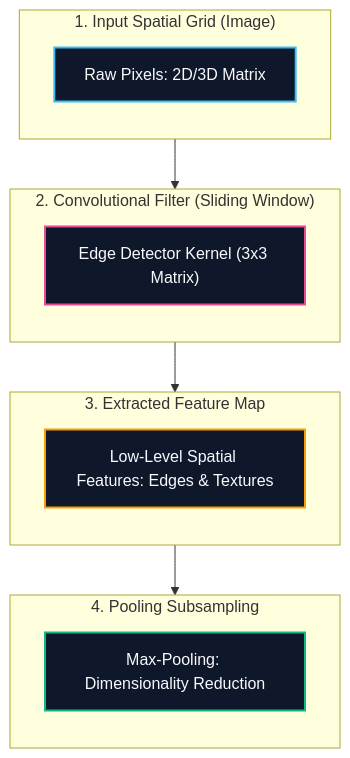
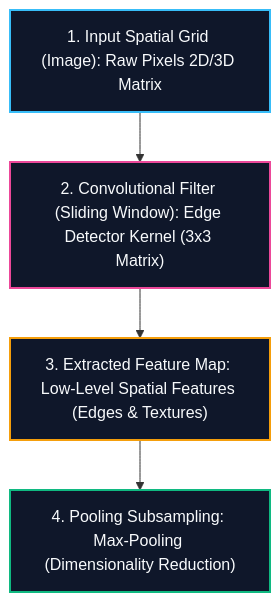
One commit to narenandu/narenvadapalli_dot_com changed the third of 5 diagrams in contents/blog/0071-demystifying-neural-networks-perceptron-to-dnn-cnn-rnn/index.md. Above: the diagram before and after it, drawn with Mermaid. The commit also changed other lines of this file and 22 other files, not shown here.

Commit message:
fix(blog): resolve side-by-side Mermaid diagrams, KaTeX math formatting, and alert tags across all blogs

````diff
--- a/contents/blog/0071-demystifying-neural-networks-perceptron-to-dnn-cnn-rnn/index.md
+++ b/contents/blog/0071-demystifying-neural-networks-perceptron-to-dnn-cnn-rnn/index.md
@@ -81,31 +81,14 @@
 ```mermaid
 flowchart TD
     classDef cnn1 fill:#0F172A,stroke:#38BDF8,stroke-width:2px,color:#F8FAFC;
     classDef cnn2 fill:#0F172A,stroke:#EC4899,stroke-width:2px,color:#F8FAFC;
     classDef cnn3 fill:#0F172A,stroke:#F59E0B,stroke-width:2px,color:#F8FAFC;
     classDef cnn4 fill:#0F172A,stroke:#10B981,stroke-width:2px,color:#F8FAFC;
 
-    subgraph InputImage["1. Input Spatial Grid (Image)"]
-        direction TB
-        Img["Raw Pixels: 2D/3D Matrix"]:::cnn1
-    end
+    Img["1. Input Spatial Grid (Image): Raw Pixels 2D/3D Matrix"]:::cnn1
+    F1["2. Convolutional Filter (Sliding Window): Edge Detector Kernel (3x3 Matrix)"]:::cnn2
+    FMap["3. Extracted Feature Map: Low-Level Spatial Features (Edges & Textures)"]:::cnn3
+    Pool["4. Pooling Subsampling: Max-Pooling (Dimensionality Reduction)"]:::cnn4
 
-    subgraph FeatureFilter["2. Convolutional Filter (Sliding Window)"]
-        direction TB
-        F1["Edge Detector Kernel (3x3 Matrix)"]:::cnn2
-    end
-
-    subgraph FeatureMap["3. Extracted Feature Map"]
-        direction TB
-        FMap["Low-Level Spatial Features: Edges & Textures"]:::cnn3
-    end
-
-    subgraph PoolingLayer["4. Pooling Subsampling"]
-        direction TB
-        Pool["Max-Pooling: Dimensionality Reduction"]:::cnn4
-    end
-
-    InputImage --> FeatureFilter
-    FeatureFilter --> FeatureMap
-    FeatureMap --> PoolingLayer
+    Img --> F1 --> FMap --> Pool
 ```
````
